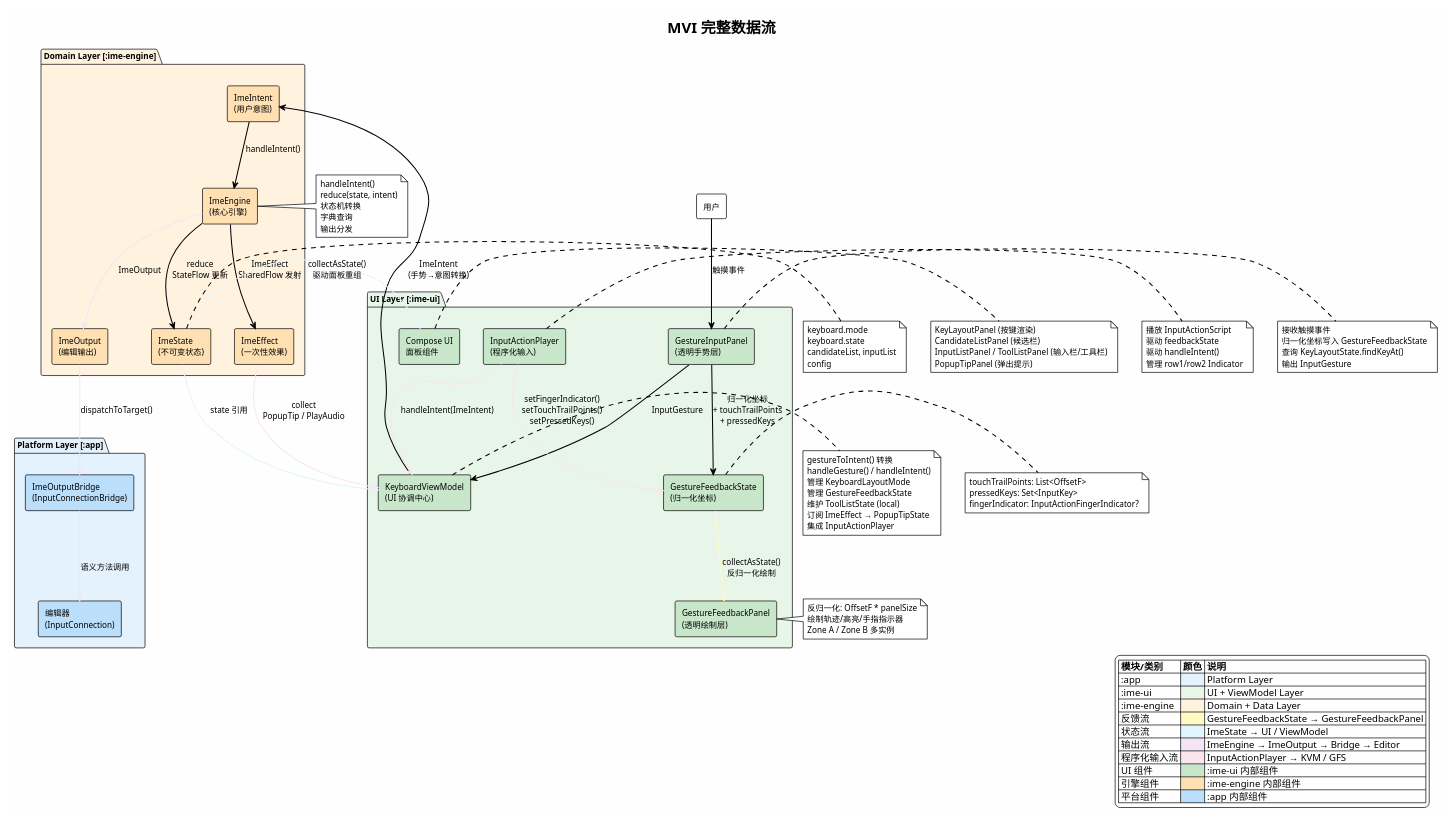
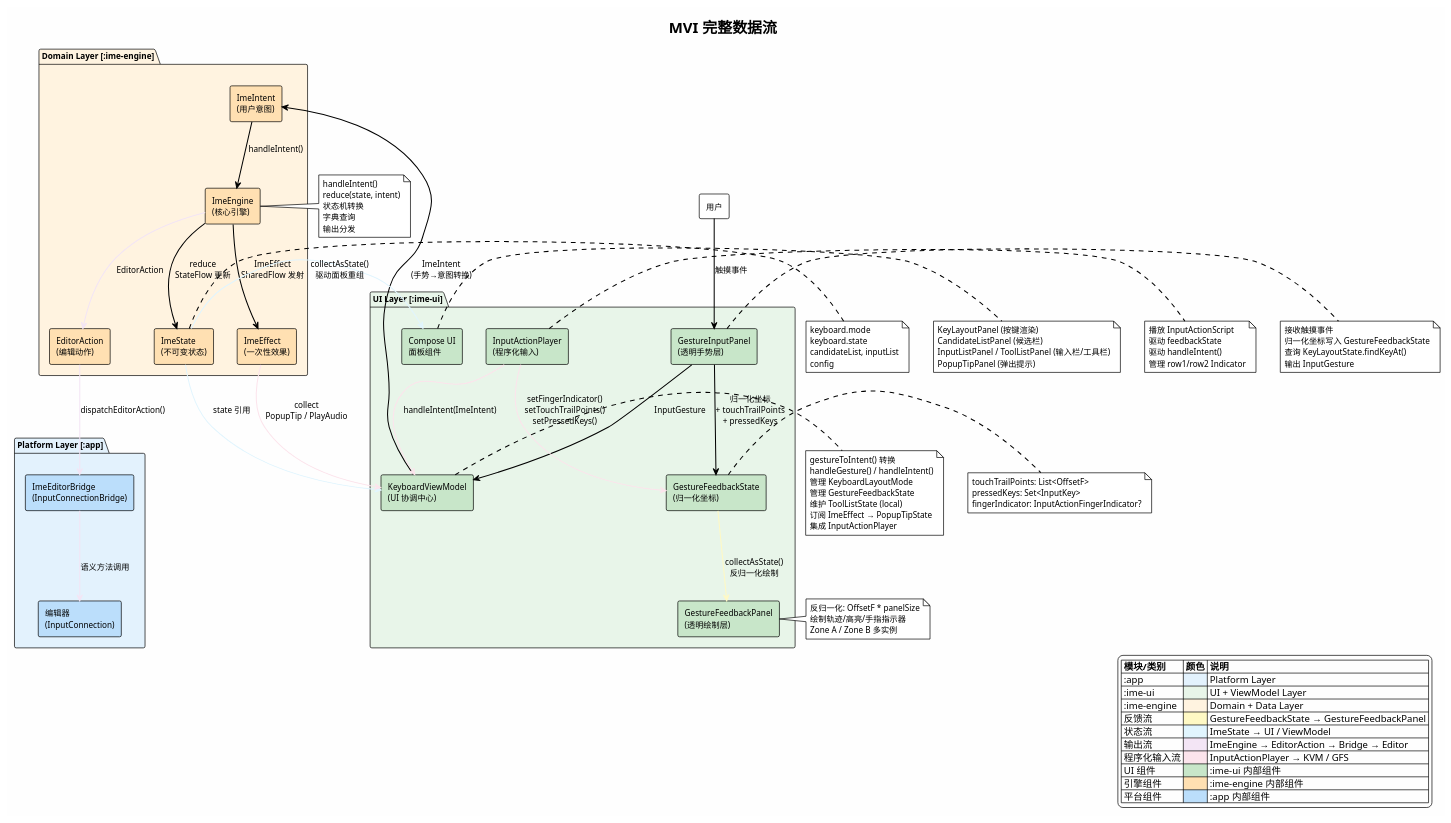
The diagram in docs/ai-agent/v4/design/diagrams/mvi-data-flow.puml (crazydan-studio/kuaizi-ime-android), drawn with PlantUML before and after one commit. The commit also changed 26 other files, not shown here.

First line of the commit message:
refactor: 重命名 ImeOutput → EditorAction, ImeOutputBridge → ImeEditorBridge, BaseImeOutputBridge → BaseImeEditorBridge, dispatchToTarget → dispatchEditorAction

```diff
--- a/docs/ai-agent/v4/design/diagrams/mvi-data-flow.puml
+++ b/docs/ai-agent/v4/design/diagrams/mvi-data-flow.puml
@@ -1,136 +1,136 @@
 @startuml mvi-data-flow
 allowmixing
 !theme plain
 skinparam backgroundColor #FEFEFE
 skinparam defaultFontSize 12
 skinparam arrowThickness 1.5
 
 title MVI 完整数据流
 
 legend right
   |= 模块/类别 |= 颜色 |= 说明 |
   | :app | <#E3F2FD> | Platform Layer |
   | :ime-ui | <#E8F5E9> | UI + ViewModel Layer |
   | :ime-engine | <#FFF3E0> | Domain + Data Layer |
   | 反馈流 | <#FFF9C4> | GestureFeedbackState → GestureFeedbackPanel |
   | 状态流 | <#E1F5FE> | ImeState → UI / ViewModel |
-  | 输出流 | <#F3E5F5> | ImeEngine → ImeOutput → Bridge → Editor |
+  | 输出流 | <#F3E5F5> | ImeEngine → EditorAction → Bridge → Editor |
   | 程序化输入流 | <#FCE4EC> | InputActionPlayer → KVM / GFS |
   | UI 组件 | <#C8E6C9> | :ime-ui 内部组件 |
   | 引擎组件 | <#FFE0B2> | :ime-engine 内部组件 |
   | 平台组件 | <#BBDEFB> | :app 内部组件 |
 endlegend
 
 ' ===== 用户手势输入流（主流程） =====
 
 rectangle "用户" as User #FFFFFF
 
 package "UI Layer [:ime-ui]" #E8F5E9 {
   rectangle "GestureInputPanel\n(透明手势层)" as GIP #C8E6C9
   rectangle "KeyboardViewModel\n(UI 协调中心)" as KVM #C8E6C9
   rectangle "GestureFeedbackState\n(归一化坐标)" as GFS #C8E6C9
   rectangle "GestureFeedbackPanel\n(透明绘制层)" as GFP #C8E6C9
   rectangle "Compose UI\n面板组件" as UI #C8E6C9
   rectangle "InputActionPlayer\n(程序化输入)" as IAP #C8E6C9
 }
 
 package "Domain Layer [:ime-engine]" #FFF3E0 {
   rectangle "ImeEngine\n(核心引擎)" as IE #FFE0B2
   rectangle "ImeIntent\n(用户意图)" as II #FFE0B2
   rectangle "ImeState\n(不可变状态)" as IS #FFE0B2
   rectangle "ImeEffect\n(一次性效果)" as IEF #FFE0B2
-  rectangle "ImeOutput\n(编辑输出)" as IO #FFE0B2
+  rectangle "EditorAction\n(编辑动作)" as IO #FFE0B2
 }
 
 package "Platform Layer [:app]" #E3F2FD {
-  rectangle "ImeOutputBridge\n(InputConnectionBridge)" as Bridge #BBDEFB
+  rectangle "ImeEditorBridge\n(InputConnectionBridge)" as Bridge #BBDEFB
   rectangle "编辑器\n(InputConnection)" as Editor #BBDEFB
 }
 
 ' ===== 用户手势输入流 =====
 User -down-> GIP : 触摸事件
 GIP -down-> GFS : 归一化坐标\n+ touchTrailPoints\n+ pressedKeys
 GIP -down-> KVM : InputGesture
 KVM -down-> II : ImeIntent\n(手势→意图转换)
 II -down-> IE : handleIntent()
 IE -down-> IS : reduce\nStateFlow 更新
 IE -down-> IEF : ImeEffect\nSharedFlow 发射
 
 ' ===== 反馈流 =====
 GFS -[#FFF9C4]-> GFP : collectAsState()\n反归一化绘制
 
 ' ===== 状态流 =====
 IS -[#E1F5FE]-> UI : collectAsState()\n驱动面板重组
 IS -[#E1F5FE]-> KVM : state 引用
 
 ' ===== 效果流 =====
 IEF -[#FCE4EC]-> KVM : collect\nPopupTip / PlayAudio
 
 ' ===== 输出流 =====
-IE -[#F3E5F5]-> IO : ImeOutput
-IO -[#F3E5F5]-> Bridge : dispatchToTarget()
+IE -[#F3E5F5]-> IO : EditorAction
+IO -[#F3E5F5]-> Bridge : dispatchEditorAction()
 Bridge -[#F3E5F5]-> Editor : 语义方法调用
 
 ' ===== 程序化输入流 =====
 IAP -[#FCE4EC]-> KVM : handleIntent(ImeIntent)
 IAP -[#FCE4EC]-> GFS : setFingerIndicator()\nsetTouchTrailPoints()\nsetPressedKeys()
 
 note right of GIP
   接收触摸事件
   归一化坐标写入 GestureFeedbackState
   查询 KeyLayoutState.findKeyAt()
   输出 InputGesture
 end note
 
 note right of KVM
   gestureToIntent() 转换
   handleGesture() / handleIntent()
   管理 KeyboardLayoutMode
   管理 GestureFeedbackState
   维护 ToolListState (local)
   订阅 ImeEffect → PopupTipState
   集成 InputActionPlayer
 end note
 
 note right of GFS
   touchTrailPoints: List<OffsetF>
   pressedKeys: Set<InputKey>
   fingerIndicator: InputActionFingerIndicator?
 end note
 
 note right of GFP
   反归一化: OffsetF * panelSize
   绘制轨迹/高亮/手指指示器
   Zone A / Zone B 多实例
 end note
 
 note right of UI
   KeyLayoutPanel (按键渲染)
   CandidateListPanel (候选栏)
   InputListPanel / ToolListPanel (输入栏/工具栏)
   PopupTipPanel (弹出提示)
 end note
 
 note right of IAP
   播放 InputActionScript
   驱动 feedbackState
   驱动 handleIntent()
   管理 row1/row2 Indicator
 end note
 
 note right of IE
   handleIntent()
   reduce(state, intent)
   状态机转换
   字典查询
   输出分发
 end note
 
 note right of IS
   keyboard.mode
   keyboard.state
   candidateList, inputList
   config
 end note
 
 @enduml
```
